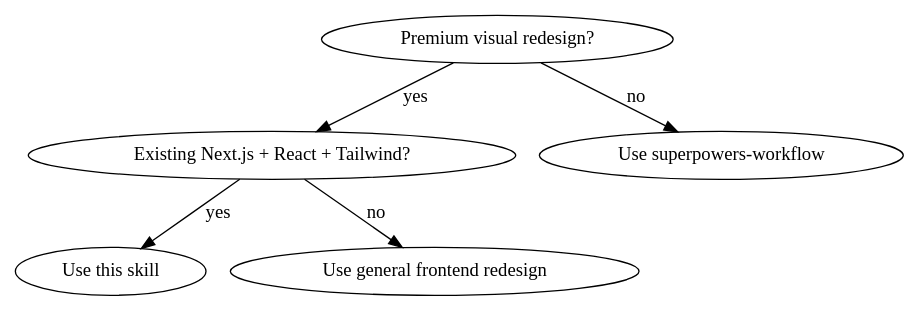
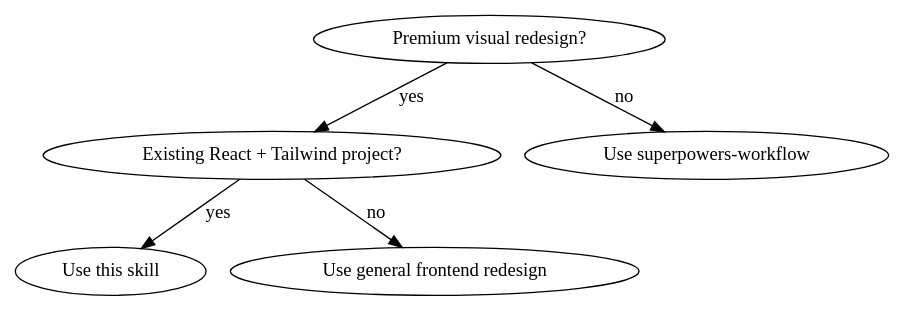
One commit to fester00/hermes-skills changed the diagram in skills/software-development/react-premium-landing-effects/SKILL.md. Above: the diagram before and after it, drawn with Graphviz. The commit also changed other lines of this file and 33 other files, not shown here.

````diff
--- a/skills/software-development/react-premium-landing-effects/SKILL.md
+++ b/skills/software-development/react-premium-landing-effects/SKILL.md
@@ -28,8 +38,8 @@
 ```dot
 digraph when {
-  "Premium visual redesign?" -> "Existing Next.js + React + Tailwind?" [label="yes"];
-  "Existing Next.js + React + Tailwind?" -> "Use this skill" [label="yes"];
-  "Existing Next.js + React + Tailwind?" -> "Use general frontend redesign" [label="no"];
+  "Premium visual redesign?" -> "Existing React + Tailwind project?" [label="yes"];
+  "Existing React + Tailwind project?" -> "Use this skill" [label="yes"];
+  "Existing React + Tailwind project?" -> "Use general frontend redesign" [label="no"];
   "Premium visual redesign?" -> "Use superpowers-workflow" [label="no"];
 }
 ```
````
